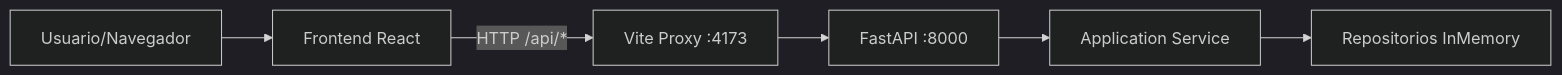
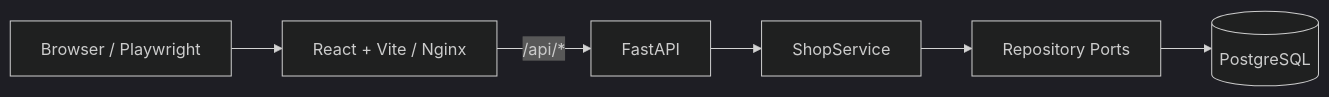
Before and after one commit to gnm3000/react-bdd-cucumber: the first of 2 diagrams in README.md, drawn with Mermaid (dark theme). The commit also changed other lines of this file, not shown here.

````diff
--- a/README.md
+++ b/README.md
@@ -16,8 +44,8 @@
 ```mermaid
 flowchart LR
-  U[Usuario/Navegador] --> FE[Frontend React]
-  FE -->|HTTP /api/*| VITE[Vite Proxy :4173]
-  VITE --> BE[FastAPI :8000]
-  BE --> APP[Application Service]
-  APP --> REPOS[Repositorios InMemory]
+  Browser[Browser / Playwright] --> FE[React + Vite / Nginx]
+  FE -->|/api/*| BE[FastAPI]
+  BE --> Service[ShopService]
+  Service --> Repos[Repository Ports]
+  Repos --> PG[(PostgreSQL)]
 ```
````
